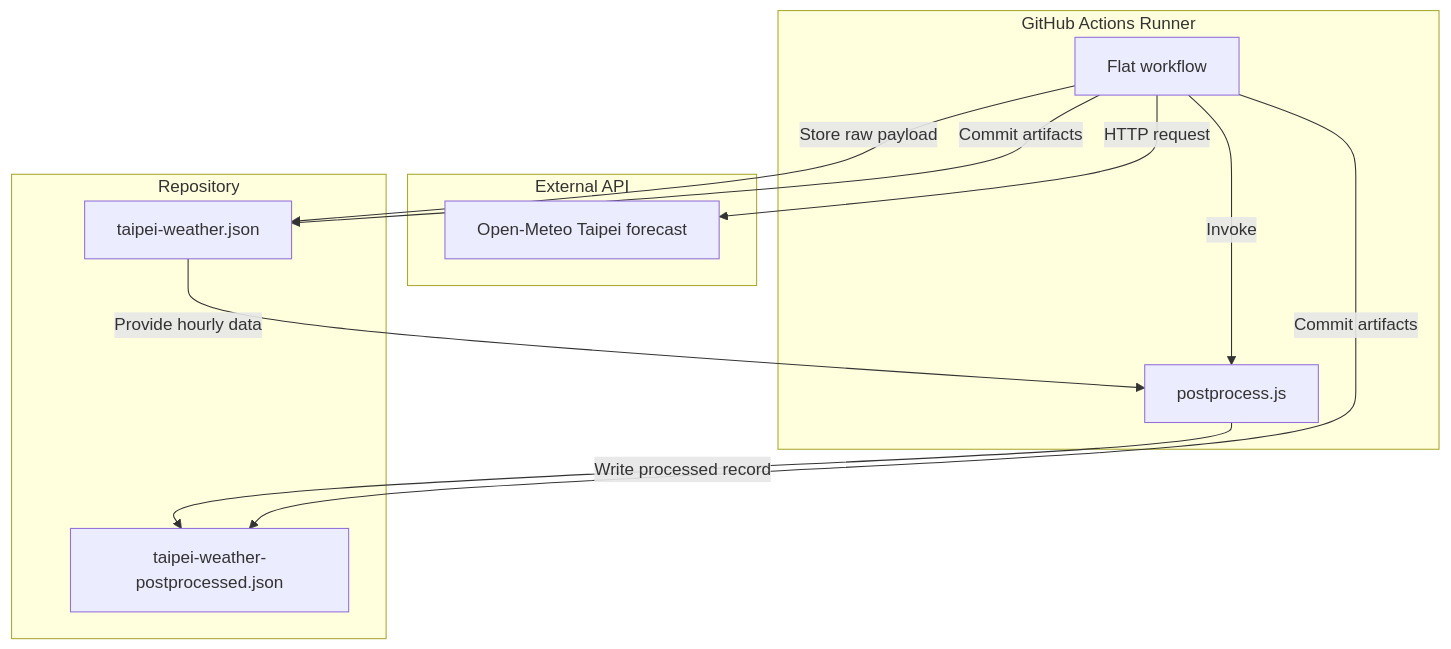
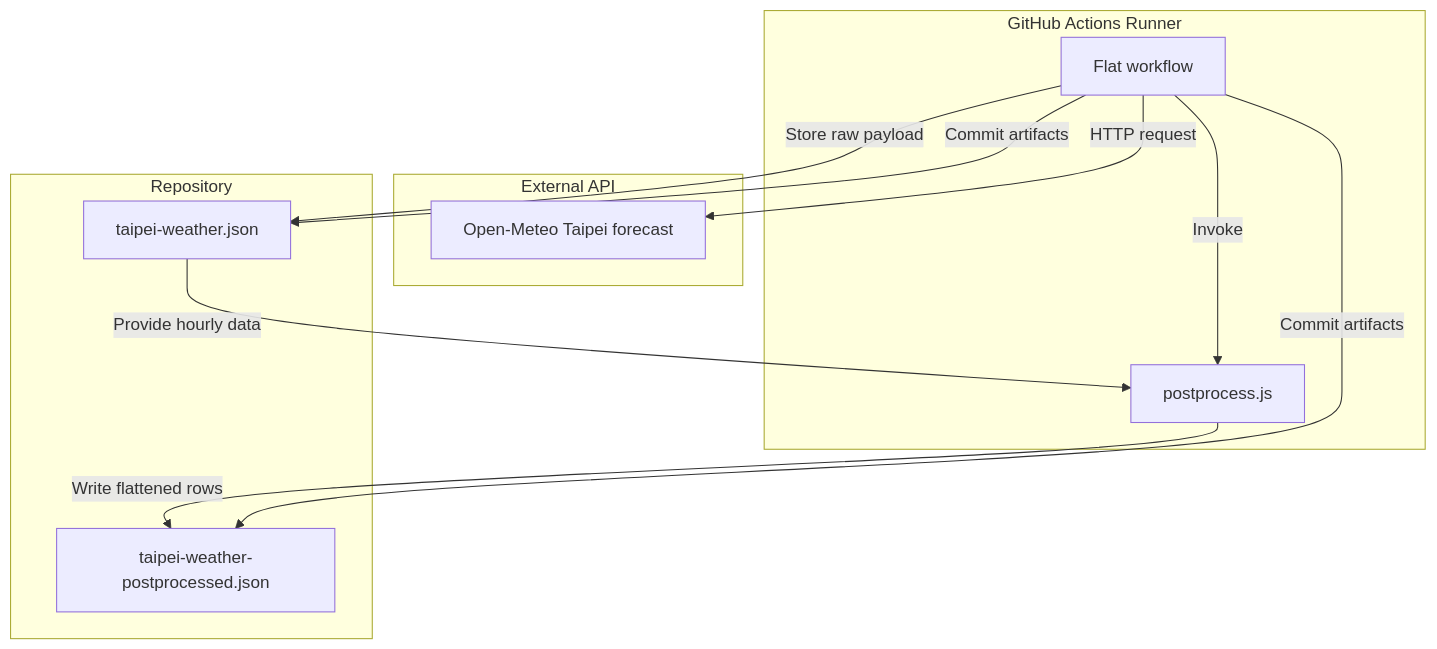
The fourth of 6 diagrams in README.md (muyueh/flat-demo-bitcoin-price), drawn with Mermaid before and after one commit. The commit also changed other lines of this file and 2 other files, not shown here.

Commit message:
Flatten hourly forecast rows

````diff
--- a/README.md
+++ b/README.md
@@ -50,21 +51,21 @@
 ```mermaid
 graph TD
   subgraph GitHub Actions Runner
     A[Flat workflow]
     B[postprocess.js]
   end
   subgraph External API
     C[Open-Meteo Taipei forecast]
   end
   subgraph Repository
     D[taipei-weather.json]
     E[taipei-weather-postprocessed.json]
   end
   A -->|HTTP request| C
   A -->|Store raw payload| D
   A -->|Invoke| B
   D -->|Provide hourly data| B
-  B -->|Write processed record| E
+  B -->|Write flattened rows| E
   A -->|Commit artifacts| D
   A -->|Commit artifacts| E
 ```
````
